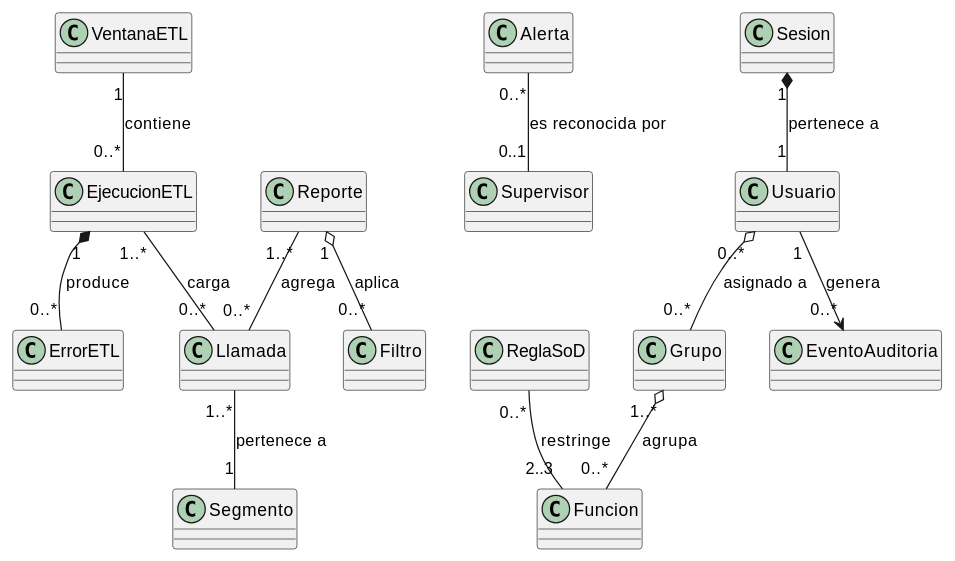
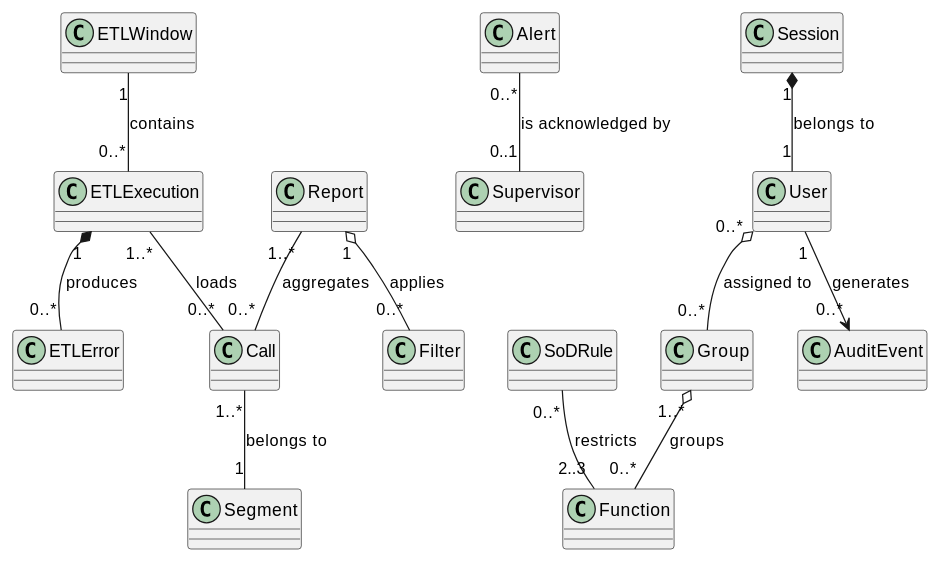
The diagram in source/requisitos/_metodologia-aplicacion/analisis-dominio/aplicacion-al-modelo-iact.rst (jcg-admin/IACT-docs), drawn with PlantUML before and after one commit. The commit also changed 21 other files, not shown here.

```diff
--- a/source/requisitos/_metodologia-aplicacion/analisis-dominio/aplicacion-al-modelo-iact.rst
+++ b/source/requisitos/_metodologia-aplicacion/analisis-dominio/aplicacion-al-modelo-iact.rst
@@ -7,33 +7,33 @@
 .. uml::
 
    @startuml
 
-   class Llamada
-   class Segmento
-   class EjecucionETL
-   class VentanaETL
-   class ErrorETL
-   class Reporte
-   class Filtro
-   class Alerta
+   class Call
+   class Segment
+   class ETLExecution
+   class ETLWindow
+   class ETLError
+   class Report
+   class Filter
+   class Alert
    class Supervisor
-   class Usuario
-   class Sesion
-   class Grupo
-   class Funcion
-   class EventoAuditoria
-   class ReglaSoD
+   class User
+   class Session
+   class Group
+   class Function
+   class AuditEvent
+   class SoDRule
 
-   Llamada "1..*" -- "1" Segmento : pertenece a
-   VentanaETL "1" -- "0..*" EjecucionETL : contiene
-   EjecucionETL "1..*" -- "0..*" Llamada : carga
-   EjecucionETL "1" *-- "0..*" ErrorETL : produce
-   Reporte "1..*" -- "0..*" Llamada : agrega
-   Reporte "1" o-- "0..*" Filtro : aplica
-   Alerta "0..*" -- "0..1" Supervisor : es reconocida por
-   Sesion "1" *-- "1" Usuario : pertenece a
-   Usuario "0..*" o-- "0..*" Grupo : asignado a
-   Grupo "1..*" o-- "0..*" Funcion : agrupa
-   Usuario "1" --> "0..*" EventoAuditoria : genera
-   ReglaSoD "0..*" -- "2..3" Funcion : restringe
+   Call "1..*" -- "1" Segment : belongs to
+   ETLWindow "1" -- "0..*" ETLExecution : contains
+   ETLExecution "1..*" -- "0..*" Call : loads
+   ETLExecution "1" *-- "0..*" ETLError : produces
+   Report "1..*" -- "0..*" Call : aggregates
+   Report "1" o-- "0..*" Filter : applies
+   Alert "0..*" -- "0..1" Supervisor : is acknowledged by
+   Session "1" *-- "1" User : belongs to
+   User "0..*" o-- "0..*" Group : assigned to
+   Group "1..*" o-- "0..*" Function : groups
+   User "1" --> "0..*" AuditEvent : generates
+   SoDRule "0..*" -- "2..3" Function : restricts
    @enduml
```
